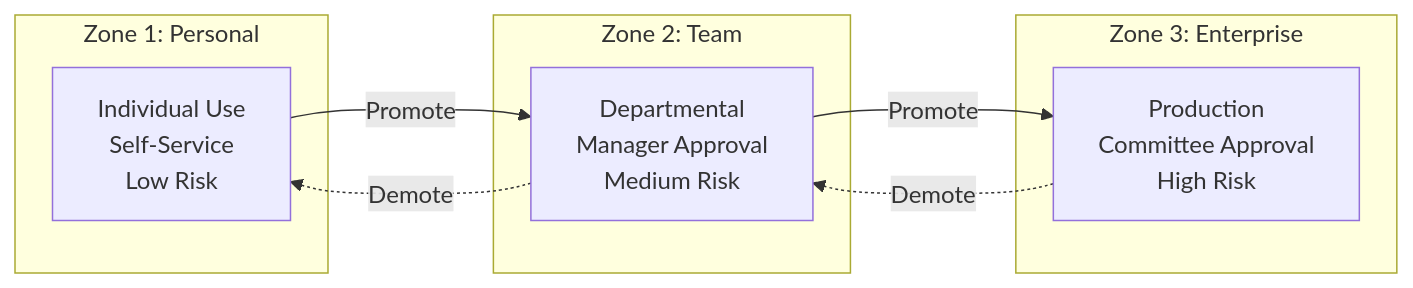
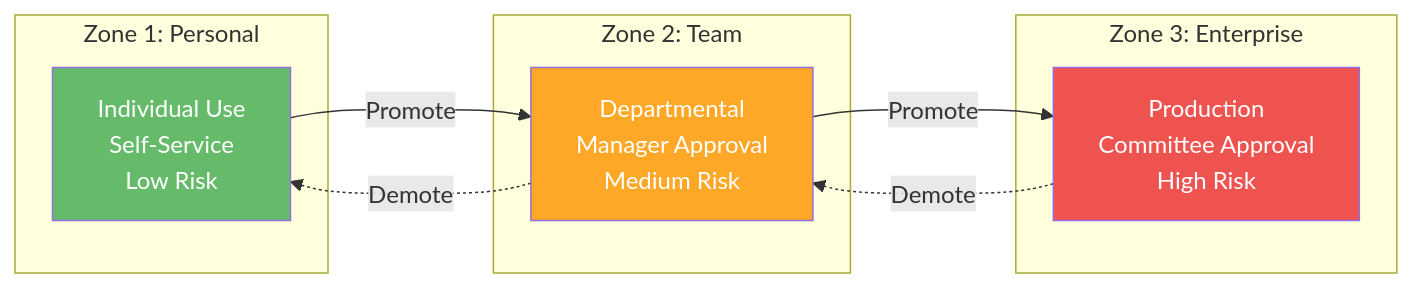
The diagram in README.md (judeper/FSI-AgentGov), drawn with Mermaid before and after one commit. The commit also changed 2 other files, not shown here.

Commit message:
Update mermaid diagrams to Material Design color palette
- Replace saturated colors with Material Design 400 series
- Zone colors: Green (#66BB6A), Orange (#FFA726), Red (#EF5350)
- Pillar colors: Blue, Green, Orange, Purple (Material 400)
- Maturity levels: Consistent progression from red to green
- Improves visual consistency and professional appearance

````diff
--- a/README.md
+++ b/README.md
@@ -38,16 +38,20 @@
 ```mermaid
 graph LR
     subgraph "Zone 1: Personal"
         Z1[Individual Use<br/>Self-Service<br/>Low Risk]
     end
     subgraph "Zone 2: Team"
         Z2[Departmental<br/>Manager Approval<br/>Medium Risk]
     end
     subgraph "Zone 3: Enterprise"
         Z3[Production<br/>Committee Approval<br/>High Risk]
     end
     Z1 -->|Promote| Z2
     Z2 -->|Promote| Z3
     Z3 -.->|Demote| Z2
     Z2 -.->|Demote| Z1
+
+    style Z1 fill:#66BB6A,color:#fff
+    style Z2 fill:#FFA726,color:#fff
+    style Z3 fill:#EF5350,color:#fff
 ```
````
